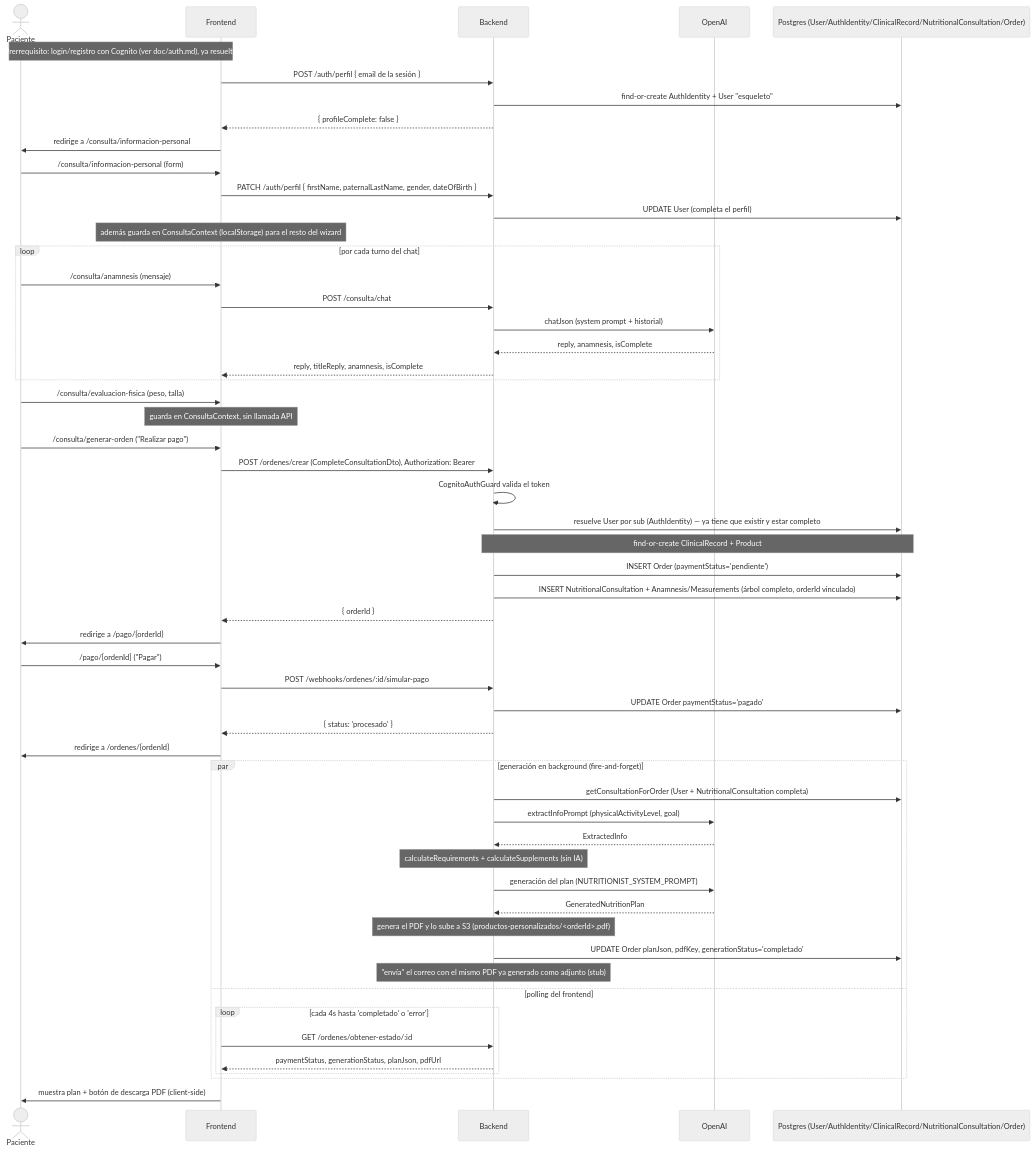
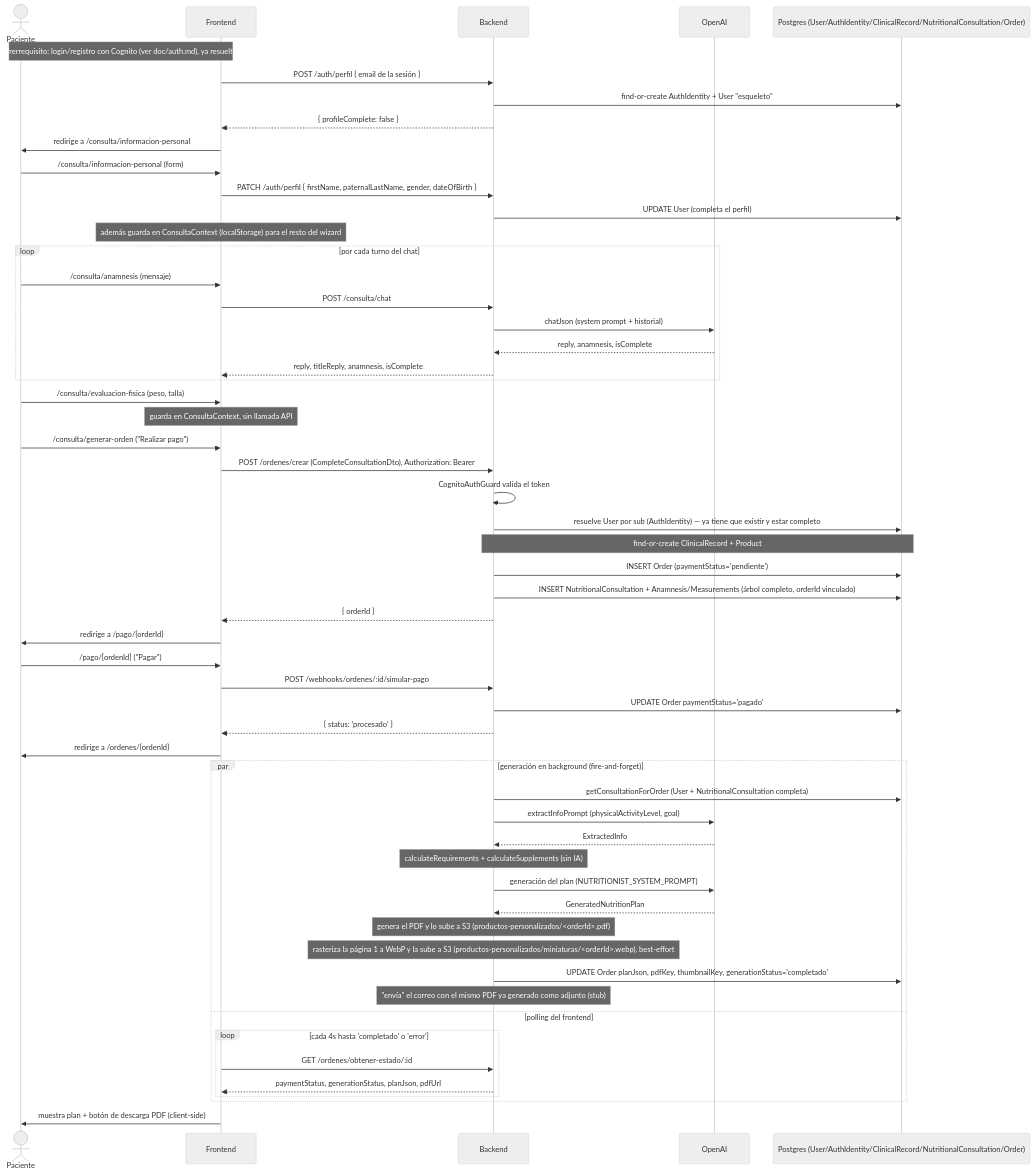
Before and after one commit to alvarocberna/fitplan-back: the diagram in doc/flow-happy-path.md, drawn with Mermaid (neutral theme). The commit also changed other lines of this file and 18 other files, not shown here.

First line of the commit message:
feature(plan pdf): Generación de plan pdf ahora almacena una imagen miniatura para vista previa.

````diff
--- a/doc/flow-happy-path.md
+++ b/doc/flow-happy-path.md
@@ -36,65 +36,66 @@
 ```mermaid
 sequenceDiagram
     actor Paciente
     participant FE as Frontend
     participant BE as Backend
     participant AI as OpenAI
     participant DB as Postgres (User/AuthIdentity/ClinicalRecord/NutritionalConsultation/Order)
 
     Note over Paciente,FE: Prerrequisito: login/registro con Cognito (ver doc/auth.md), ya resuelto
     FE->>BE: POST /auth/perfil { email de la sesión }
     BE->>DB: find-or-create AuthIdentity + User "esqueleto"
     BE-->>FE: { profileComplete: false }
     FE->>Paciente: redirige a /consulta/informacion-personal
 
     Paciente->>FE: /consulta/informacion-personal (form)
     FE->>BE: PATCH /auth/perfil { firstName, paternalLastName, gender, dateOfBirth }
     BE->>DB: UPDATE User (completa el perfil)
     Note over FE: además guarda en ConsultaContext (localStorage) para el resto del wizard
 
     loop por cada turno del chat
         Paciente->>FE: /consulta/anamnesis (mensaje)
         FE->>BE: POST /consulta/chat
         BE->>AI: chatJson (system prompt + historial)
         AI-->>BE: reply, anamnesis, isComplete
         BE-->>FE: reply, titleReply, anamnesis, isComplete
     end
 
     Paciente->>FE: /consulta/evaluacion-fisica (peso, talla)
     Note over FE: guarda en ConsultaContext, sin llamada API
 
     Paciente->>FE: /consulta/generar-orden ("Realizar pago")
     FE->>BE: POST /ordenes/crear (CompleteConsultationDto), Authorization: Bearer
     BE->>BE: CognitoAuthGuard valida el token
     BE->>DB: resuelve User por sub (AuthIdentity) — ya tiene que existir y estar completo
     Note over BE,DB: find-or-create ClinicalRecord + Product
     BE->>DB: INSERT Order (paymentStatus='pendiente')
     BE->>DB: INSERT NutritionalConsultation + Anamnesis/Measurements (árbol completo, orderId vinculado)
     BE-->>FE: { orderId }
     FE->>Paciente: redirige a /pago/{orderId}
 
     Paciente->>FE: /pago/[ordenId] ("Pagar")
     FE->>BE: POST /webhooks/ordenes/:id/simular-pago
     BE->>DB: UPDATE Order paymentStatus='pagado'
     BE-->>FE: { status: 'procesado' }
     FE->>Paciente: redirige a /ordenes/{ordenId}
 
     par generación en background (fire-and-forget)
         BE->>DB: getConsultationForOrder (User + NutritionalConsultation completa)
         BE->>AI: extractInfoPrompt (physicalActivityLevel, goal)
         AI-->>BE: ExtractedInfo
         Note over BE: calculateRequirements + calculateSupplements (sin IA)
         BE->>AI: generación del plan (NUTRITIONIST_SYSTEM_PROMPT)
         AI-->>BE: GeneratedNutritionPlan
         Note over BE: genera el PDF y lo sube a S3 (productos-personalizados/<orderId>.pdf)
-        BE->>DB: UPDATE Order planJson, pdfKey, generationStatus='completado'
+        Note over BE: rasteriza la página 1 a WebP y la sube a S3 (productos-personalizados/miniaturas/<orderId>.webp), best-effort
+        BE->>DB: UPDATE Order planJson, pdfKey, thumbnailKey, generationStatus='completado'
         Note over BE: "envía" el correo con el mismo PDF ya generado como adjunto (stub)
     and polling del frontend
         loop cada 4s hasta 'completado' o 'error'
             FE->>BE: GET /ordenes/obtener-estado/:id
             BE-->>FE: paymentStatus, generationStatus, planJson, pdfUrl
         end
     end
 
     FE->>Paciente: muestra plan + botón de descarga PDF (client-side)
 ```
````
